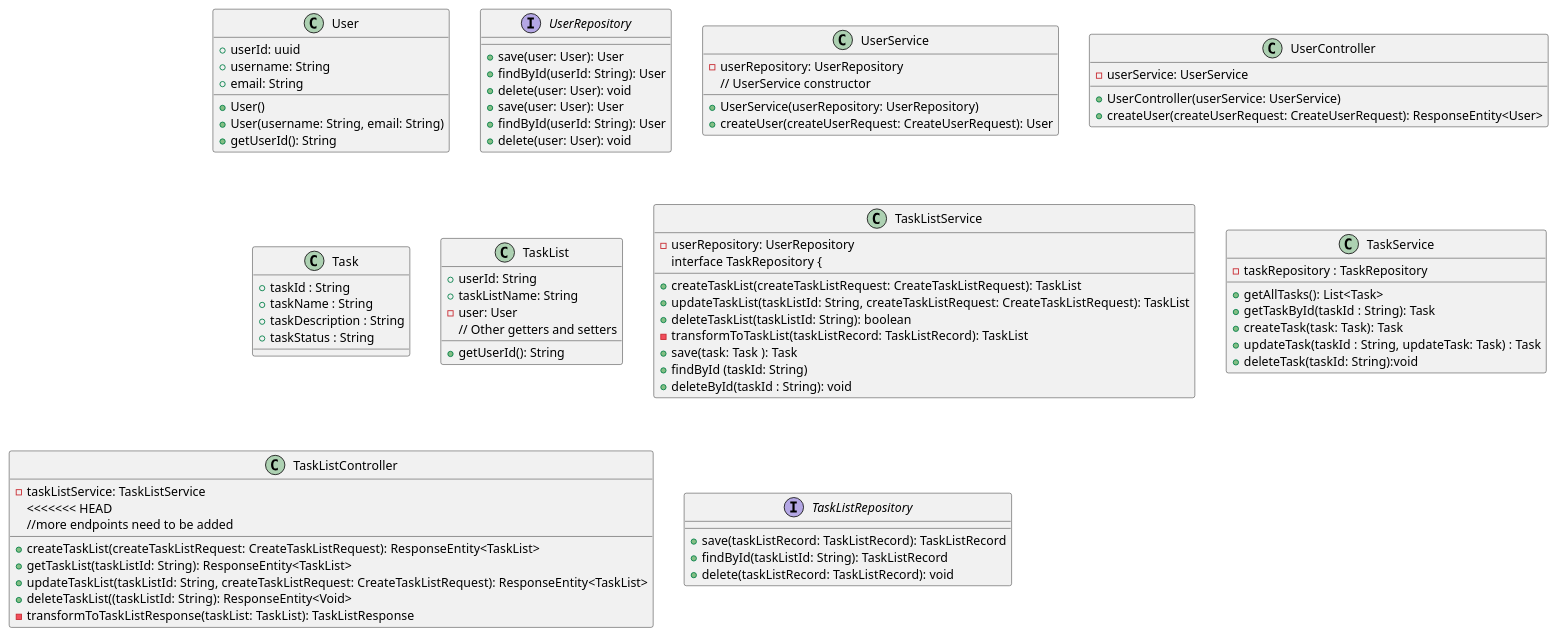
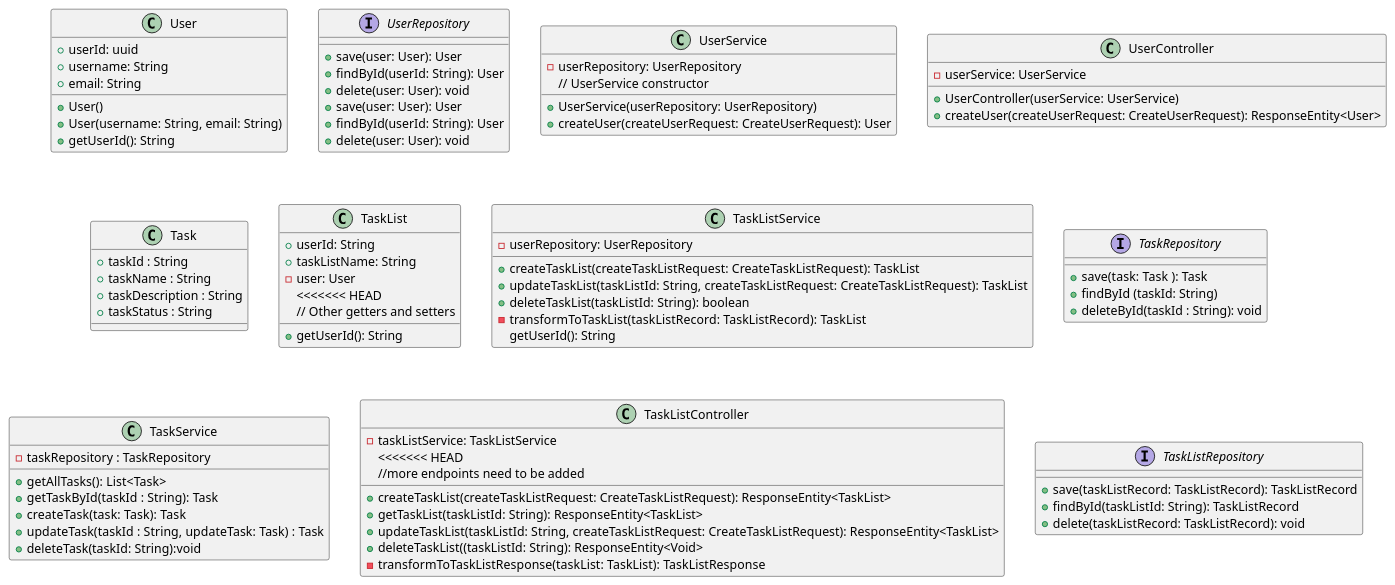
The diagram in Streamline.puml (adam-knight1/streamline), drawn with PlantUML before and after one commit.

Commit message:
updated uml

```diff
--- a/Streamline.puml
+++ b/Streamline.puml
@@ -1,88 +1,92 @@
 @startuml
 
 class User {
 +userId: uuid
 +username: String
 +email: String
 +User()
 +User(username: String, email: String)
 +getUserId(): String
 }
 
 interface UserRepository {
 +save(user: User): User
 +findById(userId: String): User
 +delete(user: User): void
 }
 class UserService {
 -userRepository: UserRepository
 // UserService constructor
 +UserService(userRepository: UserRepository)
 +createUser(createUserRequest: CreateUserRequest): User
 }
 
 class UserController {
 -userService: UserService
 +UserController(userService: UserService)
 +createUser(createUserRequest: CreateUserRequest): ResponseEntity<User>
 }
 
 class Task {
 +taskId : String
 +taskName : String
 +taskDescription : String
 +taskStatus : String
 }
 
 interface UserRepository {
 +save(user: User): User
 +findById(userId: String): User
 +delete(user: User): void
 }
 
 class TaskList {
 +userId: String
 +taskListName: String
 -user: User
+<<<<<<< HEAD
 +getUserId(): String
   // Other getters and setters
 }
 
 class TaskListService {
   -userRepository: UserRepository
   +createTaskList(createTaskListRequest: CreateTaskListRequest): TaskList
   +updateTaskList(taskListId: String, createTaskListRequest: CreateTaskListRequest): TaskList
   +deleteTaskList(taskListId: String): boolean
   -transformToTaskList(taskListRecord: TaskListRecord): TaskList
+getUserId(): String
+}
+
 interface TaskRepository {
 +save(task: Task ): Task
 +findById (taskId: String)
 +deleteById(taskId : String): void
 }
 
 class TaskService {
 -taskRepository : TaskRepository
 +getAllTasks(): List<Task>
 +getTaskById(taskId : String): Task
 +createTask(task: Task): Task
 +updateTask(taskId : String, updateTask: Task) : Task
 +deleteTask(taskId: String):void
 }
 
 class TaskListController {
 -taskListService: TaskListService
 +createTaskList(createTaskListRequest: CreateTaskListRequest): ResponseEntity<TaskList>
 <<<<<<< HEAD
 +getTaskList(taskListId: String): ResponseEntity<TaskList>
 +updateTaskList(taskListId: String, createTaskListRequest: CreateTaskListRequest): ResponseEntity<TaskList>
 +deleteTaskList((taskListId: String): ResponseEntity<Void>
 -transformToTaskListResponse(taskList: TaskList): TaskListResponse
   //more endpoints need to be added
 }
 
 interface TaskListRepository {
 +save(taskListRecord: TaskListRecord): TaskListRecord
 +findById(taskListId: String): TaskListRecord
 +delete(taskListRecord: TaskListRecord): void
 }
 @enduml
```
